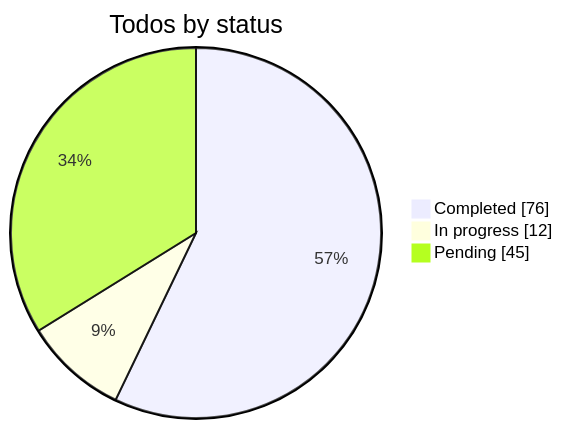
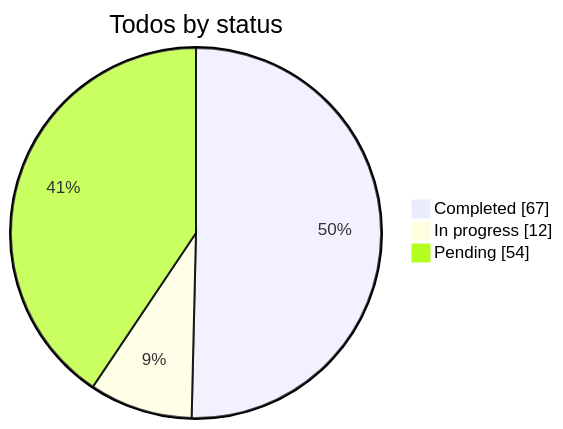
One commit to KantaPaul/next-cms changed the diagram in .cursor/plans/custom_builder_engine_refs.plan.md. Above: the diagram before and after it, drawn with Mermaid. The commit also changed other lines of this file and 1 other file, not shown here.

First line of the commit message:
docs(plan): revert B12/R806 to pending — marked completed with no code

````diff
--- a/.cursor/plans/custom_builder_engine_refs.plan.md
+++ b/.cursor/plans/custom_builder_engine_refs.plan.md
@@ -427,6 +427,6 @@
 ```mermaid
 pie showData title Todos by status
-  "Completed" : 76
+  "Completed" : 67
   "In progress" : 12
-  "Pending" : 45
+  "Pending" : 54
 ```
````
